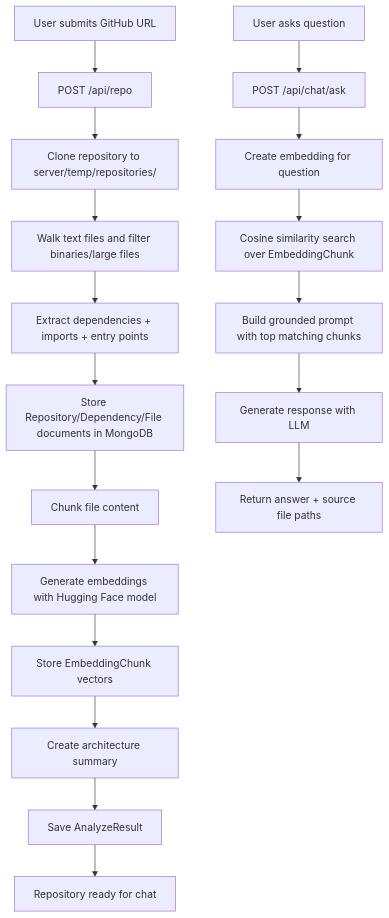
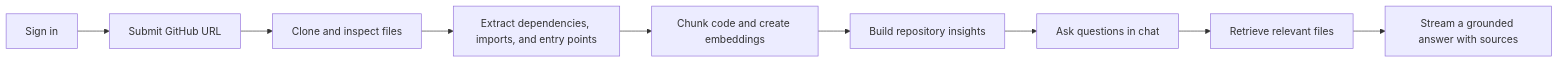
The first of 2 diagrams in README.md (team-aeternis/REPO-INSIGHT-AI), drawn with Mermaid before and after one commit. The commit also changed other lines of this file and 70 other files, not shown here.

First line of the commit message:
feat: Enhance evaluation and scoring logic, improve LLM integration, and implement user data retention

````diff
--- a/README.md
+++ b/README.md
@@ -29,21 +25,11 @@
 ```mermaid
-flowchart TD
-    A[User submits GitHub URL] --> B[POST /api/repo]
-    B --> C[Clone repository to server/temp/repositories/<workspaceId>]
-    C --> D[Walk text files and filter binaries/large files]
-    D --> E[Extract dependencies + imports + entry points]
-    E --> F[Store Repository/Dependency/File documents in MongoDB]
-    F --> G[Chunk file content]
-    G --> H[Generate embeddings with Hugging Face model]
-    H --> I[Store EmbeddingChunk vectors]
-    I --> J[Create architecture summary]
-    J --> K[Save AnalyzeResult]
-    K --> L[Repository ready for chat]
-
-    M[User asks question] --> N[POST /api/chat/ask]
-    N --> O[Create embedding for question]
-    O --> P[Cosine similarity search over EmbeddingChunk]
-    P --> Q[Build grounded prompt with top matching chunks]
-    Q --> R[Generate response with LLM]
-    R --> S[Return answer + source file paths]
+flowchart LR
+    A[Sign in] --> B[Submit GitHub URL]
+    B --> C[Clone and inspect files]
+    C --> D[Extract dependencies, imports, and entry points]
+    D --> E[Chunk code and create embeddings]
+    E --> F[Build repository insights]
+    F --> G[Ask questions in chat]
+    G --> H[Retrieve relevant files]
+    H --> I[Stream a grounded answer with sources]
 ```
````
